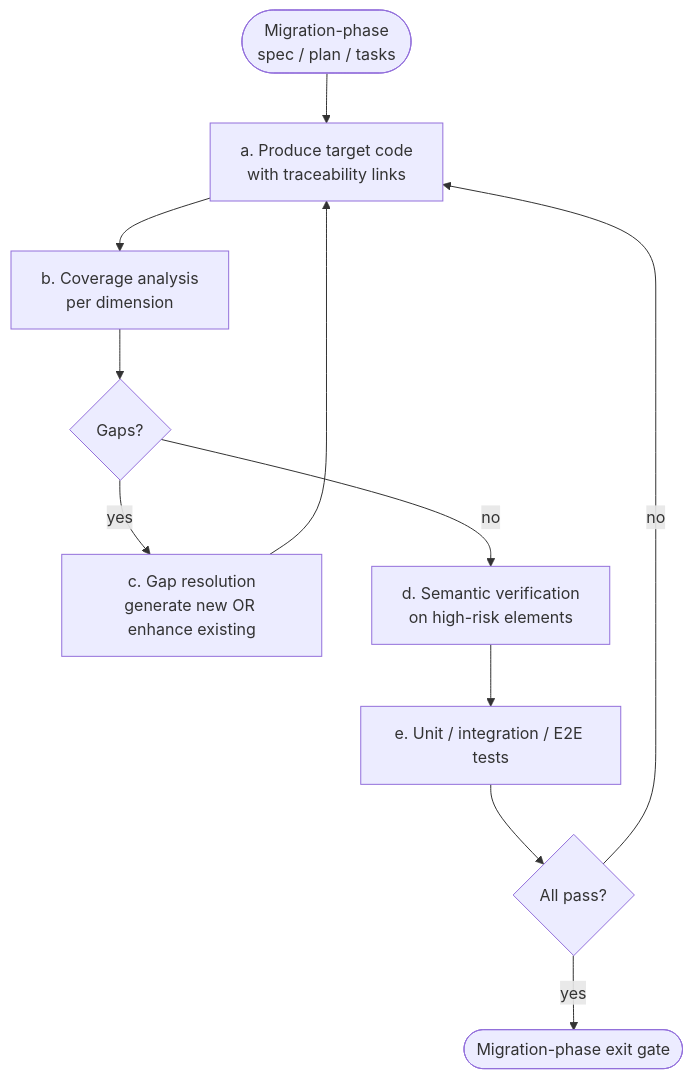
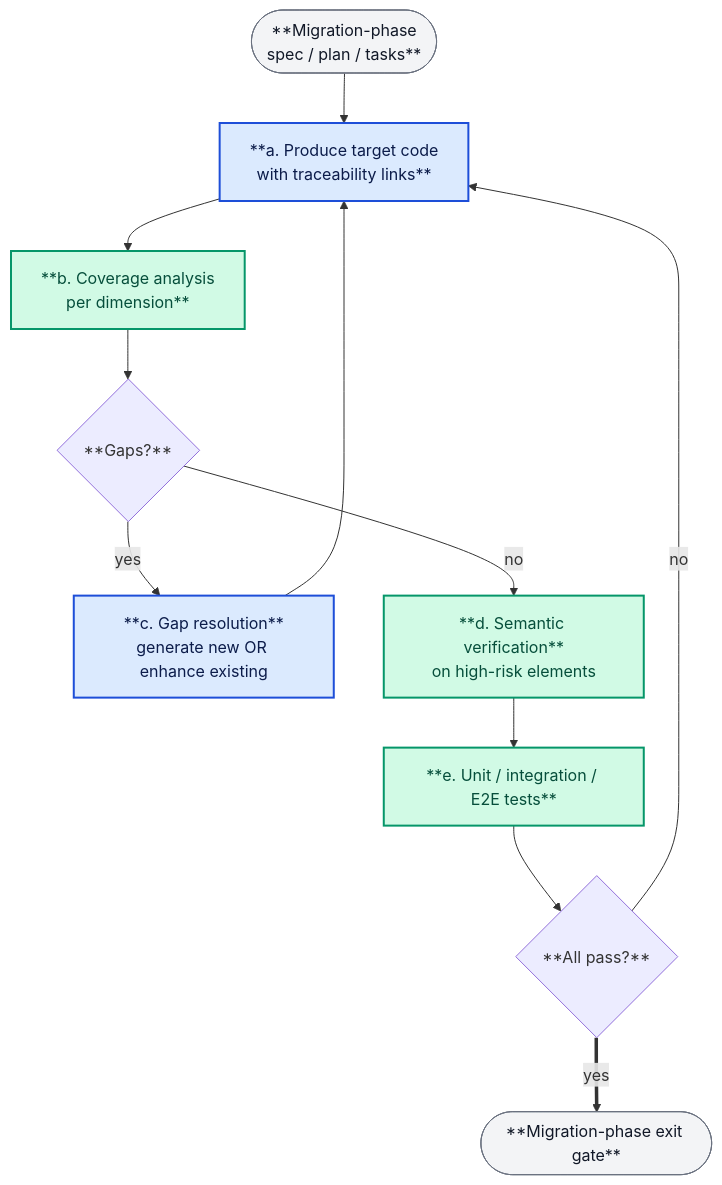
The third of 5 diagrams in docs/ai-assisted-migration-architecture.md (rd162/OSS_Migration), drawn with Mermaid before and after one commit. The commit also changed other lines of this file and 1 other file, not shown here.

First line of the commit message:
``` Draft ai-assisted-migration-architecture.md v0.9

````diff
--- a/docs/ai-assisted-migration-architecture.md
+++ b/docs/ai-assisted-migration-architecture.md
@@ -1648,13 +1736,22 @@
 ```mermaid
+---
+config:
+  flowchart:
+    htmlLabels: true
+---
 flowchart TD
-    Start([Migration-phase<br/>spec / plan / tasks]) --> A[a. Produce target code<br/>with traceability links]
-    A --> B[b. Coverage analysis<br/>per dimension]
-    B --> C{Gaps?}
-    C -- yes --> D[c. Gap resolution<br/>generate new OR enhance existing]
+    Start(["**Migration-phase<br/>spec / plan / tasks**"]):::art --> A["**a. Produce target code<br/>with traceability links**"]:::ai
+    A --> B["**b. Coverage analysis<br/>per dimension**"]:::valid
+    B --> C{"**Gaps?**"}
+    C -- yes --> D["**c. Gap resolution**<br/>generate new OR enhance existing"]:::ai
     D --> A
-    C -- no --> E[d. Semantic verification<br/>on high-risk elements]
-    E --> F[e. Unit / integration / E2E tests]
-    F --> G{All pass?}
+    C -- no --> E["**d. Semantic verification**<br/>on high-risk elements"]:::valid
+    E --> F["**e. Unit / integration / E2E tests**"]:::valid
+    F --> G{"**All pass?**"}
     G -- no --> A
-    G -- yes --> Exit([Migration-phase exit gate])
+    G == yes ==> Exit(["**Migration-phase exit gate**"]):::art
+
+    classDef ai fill:#dbeafe,stroke:#1d4ed8,stroke-width:2px,color:#0c1c4a;
+    classDef valid fill:#d1fae5,stroke:#059669,stroke-width:2px,color:#064e3b;
+    classDef art fill:#f3f4f6,stroke:#6b7280,stroke-width:1px,color:#111827;
 ```
````
